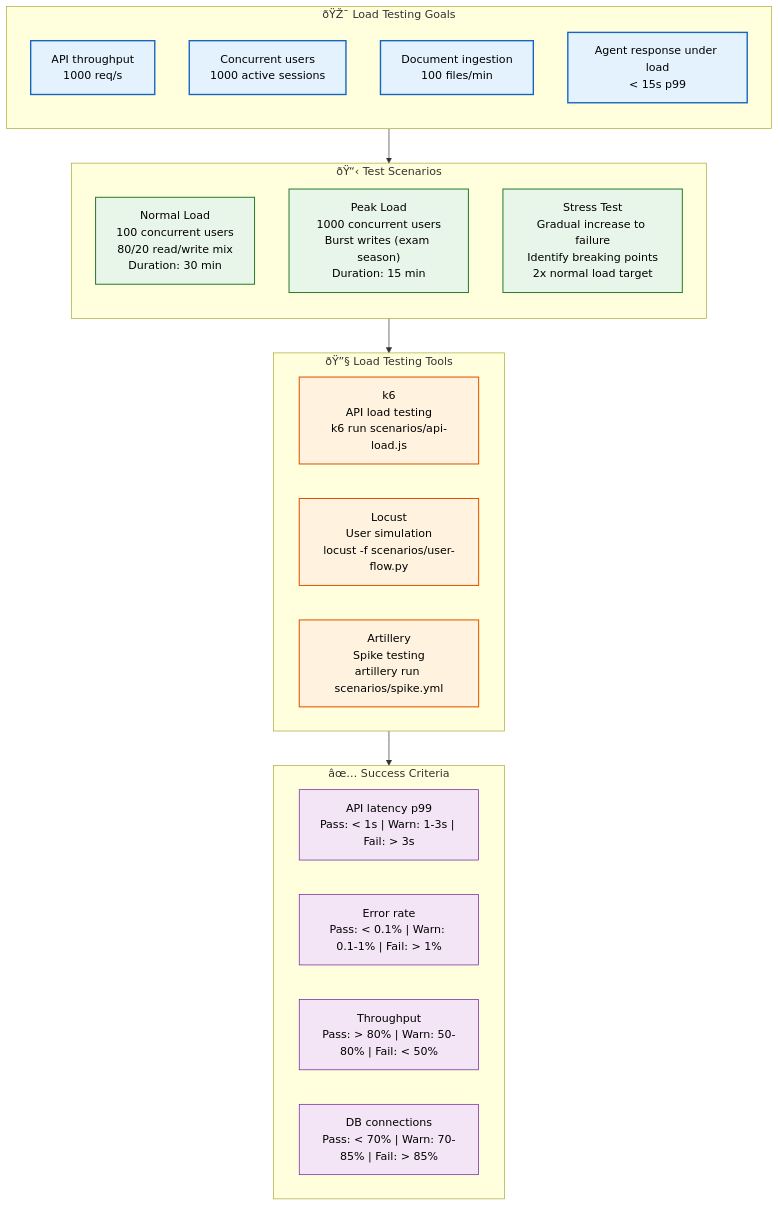
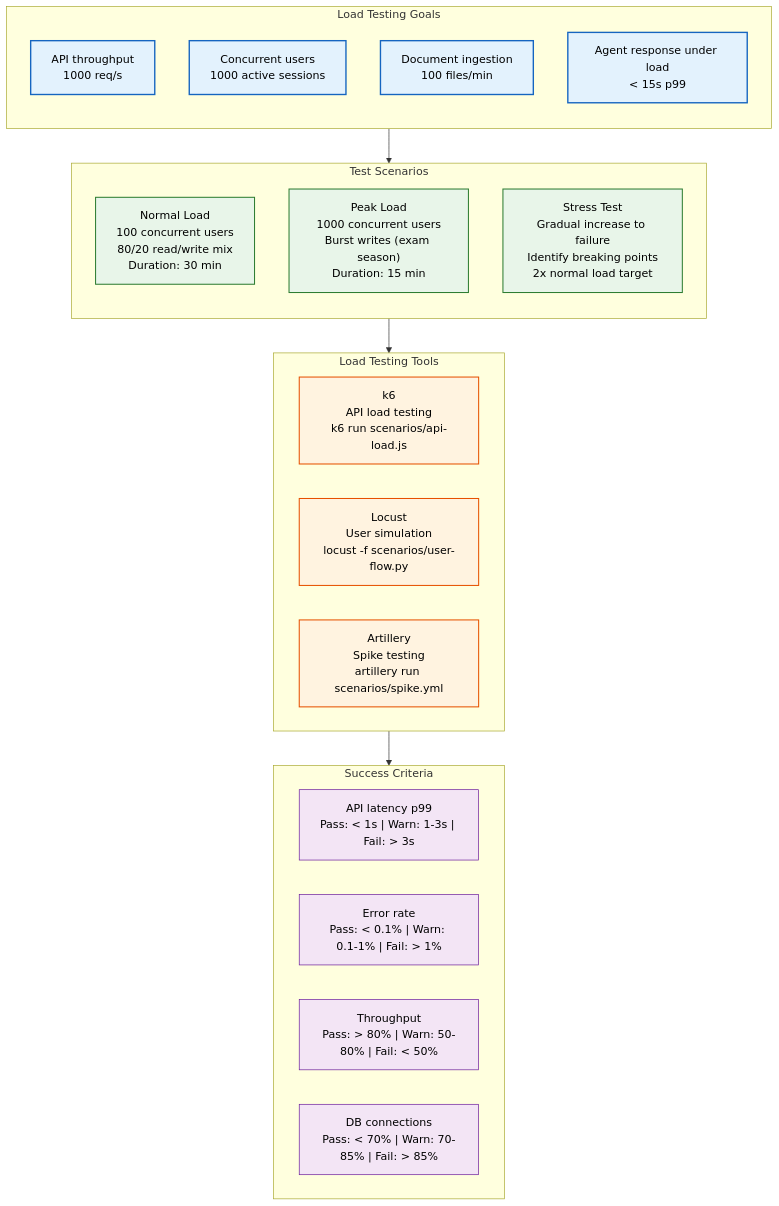
Before and after one commit to Driftloom/Vaeloom: the first of 2 diagrams in docs/testing/Load-Testing.md, drawn with Mermaid. The commit also changed other lines of this file and 694 other files, not shown here.

First line of the commit message:
docs: mermaid standardization — encoding/mermaid/duplicate cleanup

````diff
--- a/docs/testing/Load-Testing.md
+++ b/docs/testing/Load-Testing.md
@@ -8,42 +8,42 @@
 ```mermaid
 graph TD
-    classDef goals fill:#e3f2fd,stroke:#1565c0,color:#000,stroke-width:2px
-    classDef scenario fill:#e8f5e9,stroke:#2e7d32,color:#000,stroke-width:1.5px
-    classDef tool fill:#fff3e0,stroke:#e65100,color:#000,stroke-width:1.5px
-    classDef success fill:#f3e5f5,stroke:#6a1b9a,color:#000,stroke-width:1px
+ classDef goals fill:#e3f2fd,stroke:#1565c0,color:#000,stroke-width:2px
+ classDef scenario fill:#e8f5e9,stroke:#2e7d32,color:#000,stroke-width:1.5px
+ classDef tool fill:#fff3e0,stroke:#e65100,color:#000,stroke-width:1.5px
+ classDef success fill:#f3e5f5,stroke:#6a1b9a,color:#000,stroke-width:1px
 
-    subgraph Goals["ðŸŽ¯ Load Testing Goals"]
-        direction TB
-        G1["API throughput<br/>1000 req/s"]
-        G2["Concurrent users<br/>1000 active sessions"]
-        G3["Document ingestion<br/>100 files/min"]
-        G4["Agent response under load<br/>< 15s p99"]
-    end
+ subgraph Goals["Load Testing Goals"]
+ direction TB
+ G1["API throughput<br/>1000 req/s"]
+ G2["Concurrent users<br/>1000 active sessions"]
+ G3["Document ingestion<br/>100 files/min"]
+ G4["Agent response under load<br/>< 15s p99"]
+ end
 
-    subgraph Scenarios["ðŸ“‹ Test Scenarios"]
-        direction TB
-        S1["Normal Load<br/>100 concurrent users<br/>80/20 read/write mix<br/>Duration: 30 min"]
-        S2["Peak Load<br/>1000 concurrent users<br/>Burst writes (exam season)<br/>Duration: 15 min"]
-        S3["Stress Test<br/>Gradual increase to failure<br/>Identify breaking points<br/>2x normal load target"]
-    end
+ subgraph Scenarios["Test Scenarios"]
+ direction TB
+ S1["Normal Load<br/>100 concurrent users<br/>80/20 read/write mix<br/>Duration: 30 min"]
+ S2["Peak Load<br/>1000 concurrent users<br/>Burst writes (exam season)<br/>Duration: 15 min"]
+ S3["Stress Test<br/>Gradual increase to failure<br/>Identify breaking points<br/>2x normal load target"]
+ end
 
-    subgraph Tools["ðŸ”§ Load Testing Tools"]
-        T1["k6<br/>API load testing<br/>k6 run scenarios/api-load.js"]
-        T2["Locust<br/>User simulation<br/>locust -f scenarios/user-flow.py"]
-        T3["Artillery<br/>Spike testing<br/>artillery run scenarios/spike.yml"]
-    end
+ subgraph Tools["Load Testing Tools"]
+ T1["k6<br/>API load testing<br/>k6 run scenarios/api-load.js"]
+ T2["Locust<br/>User simulation<br/>locust -f scenarios/user-flow.py"]
+ T3["Artillery<br/>Spike testing<br/>artillery run scenarios/spike.yml"]
+ end
 
-    subgraph Criteria["âœ… Success Criteria"]
-        C1["API latency p99<br/>Pass: < 1s | Warn: 1-3s | Fail: > 3s"]
-        C2["Error rate<br/>Pass: < 0.1% | Warn: 0.1-1% | Fail: > 1%"]
-        C3["Throughput<br/>Pass: > 80% | Warn: 50-80% | Fail: < 50%"]
-        C4["DB connections<br/>Pass: < 70% | Warn: 70-85% | Fail: > 85%"]
-    end
+ subgraph Criteria["Success Criteria"]
+ C1["API latency p99<br/>Pass: < 1s | Warn: 1-3s | Fail: > 3s"]
+ C2["Error rate<br/>Pass: < 0.1% | Warn: 0.1-1% | Fail: > 1%"]
+ C3["Throughput<br/>Pass: > 80% | Warn: 50-80% | Fail: < 50%"]
+ C4["DB connections<br/>Pass: < 70% | Warn: 70-85% | Fail: > 85%"]
+ end
 
-    Goals --> Scenarios --> Tools --> Criteria
+ Goals--> Scenarios--> Tools--> Criteria
 
-    class G1,G2,G3,G4 goals
-    class S1,S2,S3 scenario
-    class T1,T2,T3 tool
-    class C1,C2,C3,C4 success
+ class G1,G2,G3,G4 goals
+ class S1,S2,S3 scenario
+ class T1,T2,T3 tool
+ class C1,C2,C3,C4 success
 ```
````
